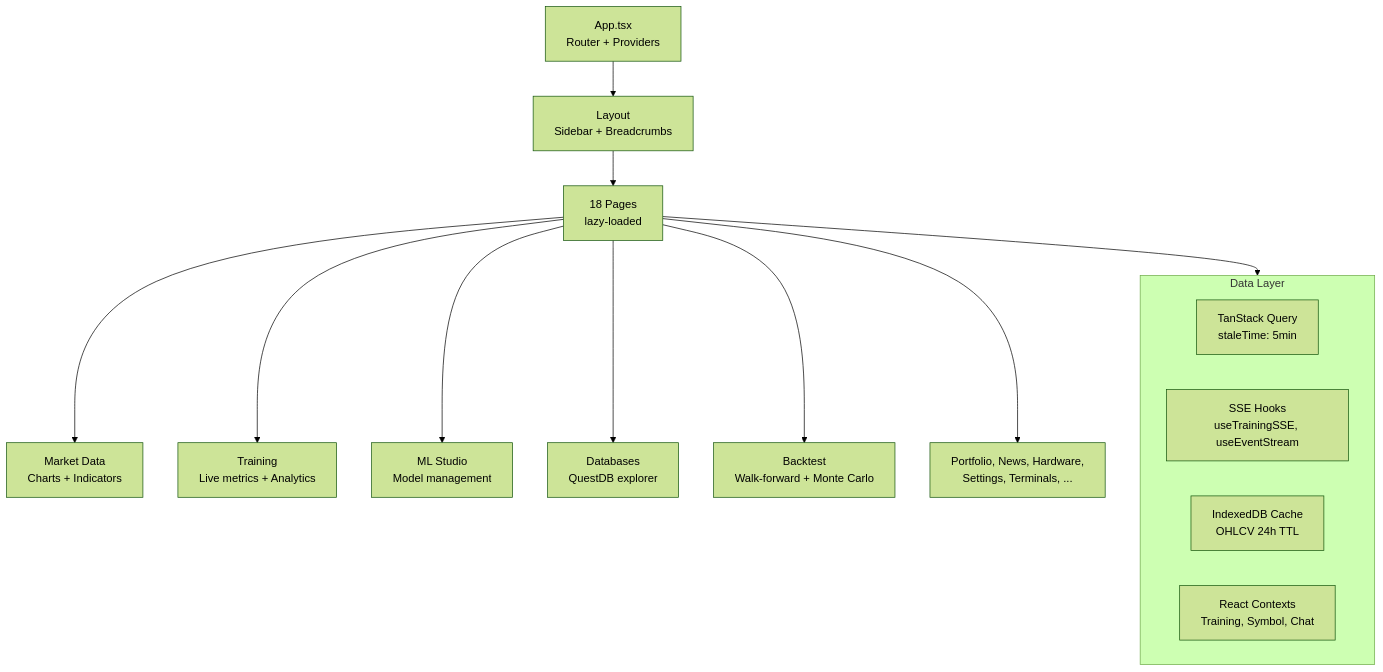
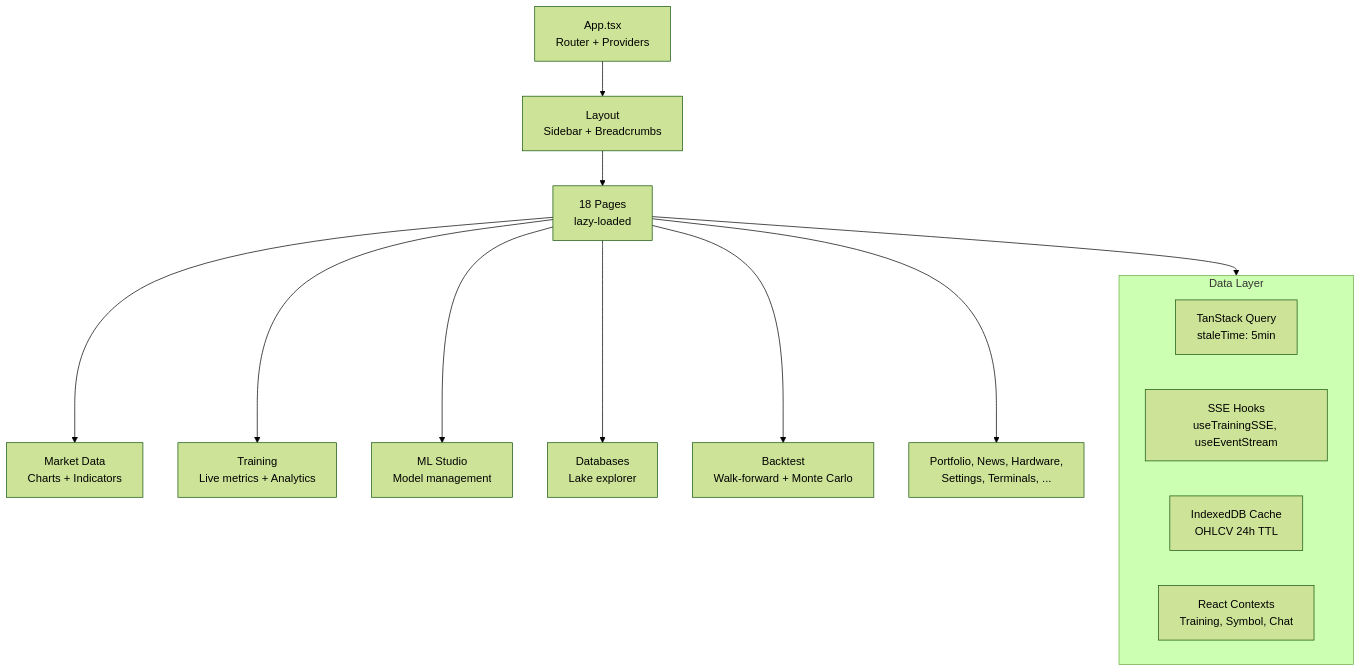
Before and after one commit to Outtsett/ml_dashboard: the diagram in src/client/README.md, drawn with Mermaid (forest theme). The commit also changed other lines of this file and 76 other files, not shown here.

````diff
--- a/src/client/README.md
+++ b/src/client/README.md
@@ -7,21 +7,21 @@
 ```mermaid
 graph TD
     App["App.tsx<br/>Router + Providers"] --> Layout["Layout<br/>Sidebar + Breadcrumbs"]
     Layout --> Pages["18 Pages<br/>lazy-loaded"]
 
     Pages --> MarketData["Market Data<br/>Charts + Indicators"]
     Pages --> Training["Training<br/>Live metrics + Analytics"]
     Pages --> MLStudio["ML Studio<br/>Model management"]
-    Pages --> Databases["Databases<br/>QuestDB explorer"]
+    Pages --> Databases["Databases<br/>Lake explorer"]
     Pages --> Backtest["Backtest<br/>Walk-forward + Monte Carlo"]
     Pages --> Other["Portfolio, News, Hardware,<br/>Settings, Terminals, ..."]
 
     subgraph DataLayer["Data Layer"]
         TQ["TanStack Query<br/>staleTime: 5min"]
         SSE["SSE Hooks<br/>useTrainingSSE, useEventStream"]
         IDB["IndexedDB Cache<br/>OHLCV 24h TTL"]
         Ctx["React Contexts<br/>Training, Symbol, Chat"]
     end
 
     Pages --> DataLayer
 ```
````
